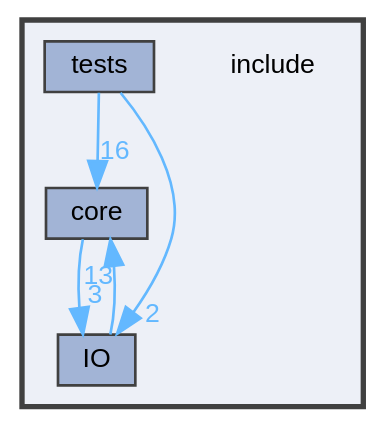
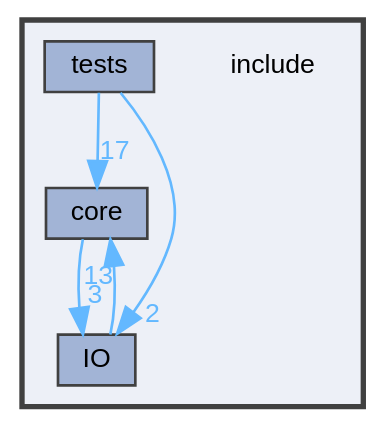
Before and after one commit to zeno-geddo/QuantKos: the diagram in dev-zen/dir_d44c64559bbebec7f509842c48db8b23_dep.dot, drawn with Graphviz. The commit also changed 134 other files, not shown here.

```diff
--- a/dev-zen/dir_d44c64559bbebec7f509842c48db8b23_dep.dot
+++ b/dev-zen/dir_d44c64559bbebec7f509842c48db8b23_dep.dot
@@ -1,19 +1,19 @@
 digraph "include"
 {
  // LATEX_PDF_SIZE
   bgcolor="transparent";
   edge [fontname=Helvetica,fontsize=10,labelfontname=Helvetica,labelfontsize=10];
   node [fontname=Helvetica,fontsize=10,shape=box,height=0.2,width=0.4];
   compound=true
   subgraph clusterdir_d44c64559bbebec7f509842c48db8b23 {
     graph [ bgcolor="#edf0f7", pencolor="grey25", label="", fontname=Helvetica,fontsize=10 style="filled,bold", URL="dir_d44c64559bbebec7f509842c48db8b23.html",tooltip=""]
     dir_d44c64559bbebec7f509842c48db8b23 [shape=plaintext, label="include"];
   dir_3d69f64eaf81436fe2b22361382717e5 [label="core", fillcolor="#a2b4d6", color="grey25", style="filled", URL="dir_3d69f64eaf81436fe2b22361382717e5.html",tooltip=""];
   dir_cab52edb0a880aba27eada31817ee90d [label="IO", fillcolor="#a2b4d6", color="grey25", style="filled", URL="dir_cab52edb0a880aba27eada31817ee90d.html",tooltip=""];
   dir_4abf8571c1830d727ba746fd6ad81b8d [label="tests", fillcolor="#a2b4d6", color="grey25", style="filled", URL="dir_4abf8571c1830d727ba746fd6ad81b8d.html",tooltip=""];
   }
   dir_3d69f64eaf81436fe2b22361382717e5->dir_cab52edb0a880aba27eada31817ee90d [headlabel="3", labeldistance=1.5 headhref="dir_000003_000006.html" href="dir_000003_000006.html" color="steelblue1" fontcolor="steelblue1"];
   dir_cab52edb0a880aba27eada31817ee90d->dir_3d69f64eaf81436fe2b22361382717e5 [headlabel="13", labeldistance=1.5 headhref="dir_000006_000003.html" href="dir_000006_000003.html" color="steelblue1" fontcolor="steelblue1"];
-  dir_4abf8571c1830d727ba746fd6ad81b8d->dir_3d69f64eaf81436fe2b22361382717e5 [headlabel="16", labeldistance=1.5 headhref="dir_000016_000003.html" href="dir_000016_000003.html" color="steelblue1" fontcolor="steelblue1"];
+  dir_4abf8571c1830d727ba746fd6ad81b8d->dir_3d69f64eaf81436fe2b22361382717e5 [headlabel="17", labeldistance=1.5 headhref="dir_000016_000003.html" href="dir_000016_000003.html" color="steelblue1" fontcolor="steelblue1"];
   dir_4abf8571c1830d727ba746fd6ad81b8d->dir_cab52edb0a880aba27eada31817ee90d [headlabel="2", labeldistance=1.5 headhref="dir_000016_000006.html" href="dir_000016_000006.html" color="steelblue1" fontcolor="steelblue1"];
 }
```
